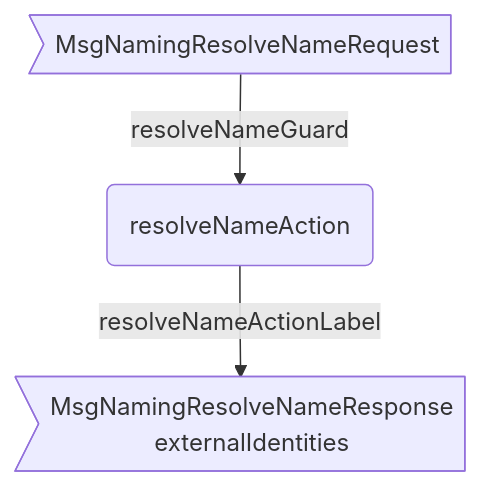
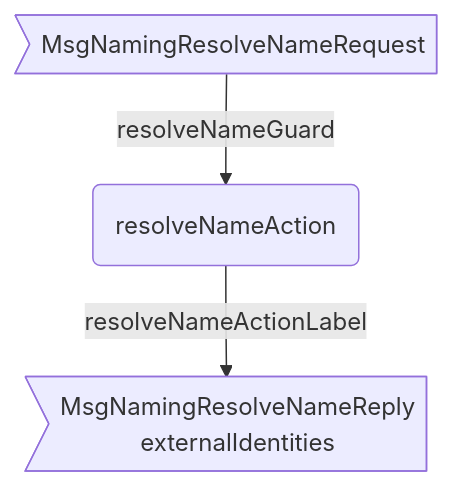
The first of 3 diagrams in docs/arch/node/engines/naming_behaviour.juvix.md (anoma/nspec), drawn with Mermaid before and after one commit. The commit also changed other lines of this file and 37 other files, not shown here.

Commit message:
Renamed all instances of "Response" to "Reply" in message interfaces for consistency across commitment, decryption, identity management, and other engines.

````diff
--- a/docs/arch/node/engines/naming_behaviour.juvix.md
+++ b/docs/arch/node/engines/naming_behaviour.juvix.md
@@ -513,8 +513,8 @@
 ```mermaid
 flowchart TD
   MSG>MsgNamingResolveNameRequest]
   A(resolveNameAction)
-  RES>MsgNamingResolveNameResponse<br/>externalIdentities]
+  RES>MsgNamingResolveNameReply<br/>externalIdentities]
 
   MSG --resolveNameGuard--> A --resolveNameActionLabel--> RES
 ```
````
